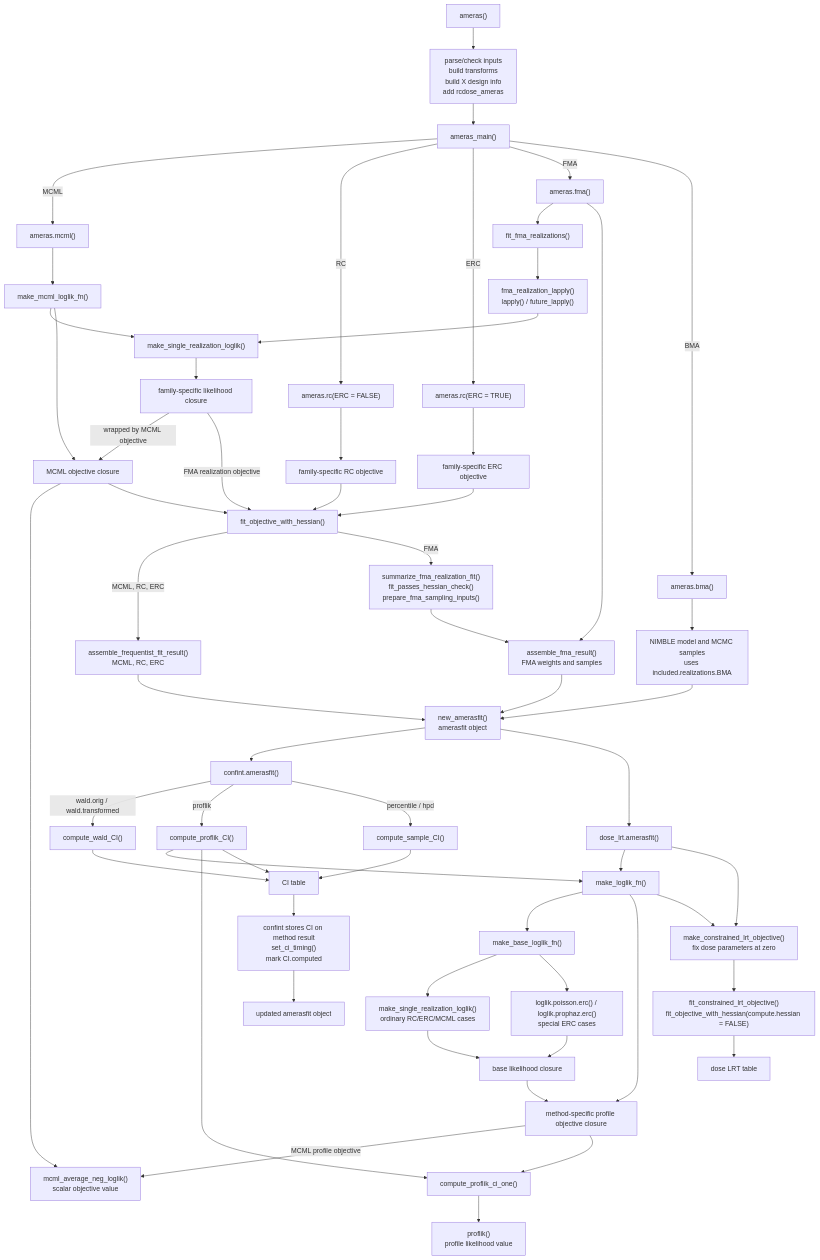
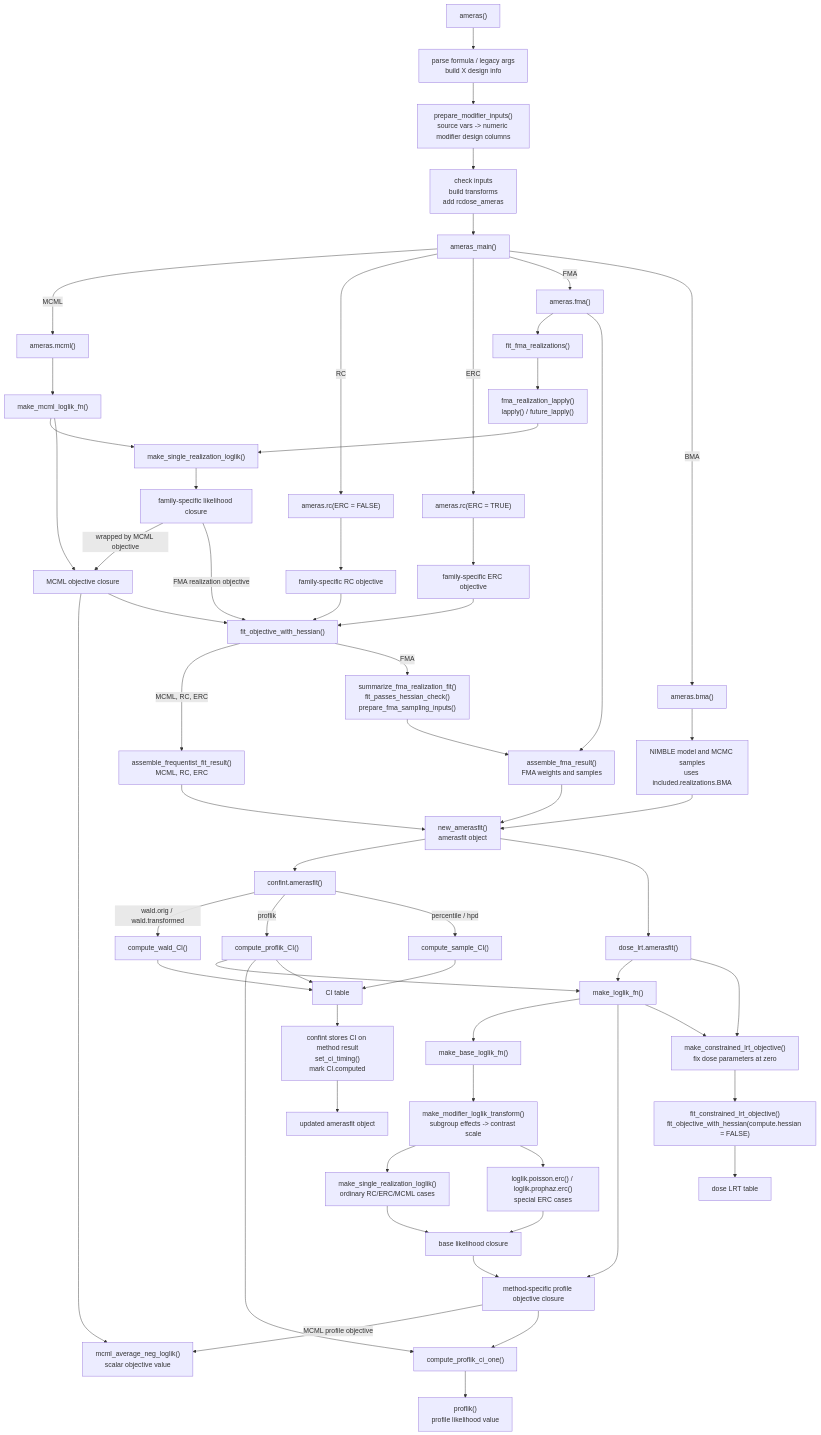
The diagram in developer-notes/helper-flow.md (sanderroberti/ameras), drawn with Mermaid before and after one commit. The commit also changed other lines of this file and 17 other files, not shown here.

Commit message:
Support formula modifier coding

````diff
--- a/developer-notes/helper-flow.md
+++ b/developer-notes/helper-flow.md
@@ -9,69 +9,72 @@
 ```mermaid
 flowchart TD
-  A["ameras()"] --> B["parse/check inputs<br/>build transforms<br/>build X design info<br/>add rcdose_ameras"]
-  B --> C["ameras_main()"]
+  A["ameras()"] --> B["parse formula / legacy args<br/>build X design info"]
+  B --> BA["prepare_modifier_inputs()<br/>source vars -> numeric modifier design columns"]
+  BA --> BB["check inputs<br/>build transforms<br/>add rcdose_ameras"]
+  BB --> C["ameras_main()"]
 
   C -->|MCML| D["ameras.mcml()"]
   C -->|RC| E["ameras.rc(ERC = FALSE)"]
   C -->|ERC| F["ameras.rc(ERC = TRUE)"]
   C -->|FMA| G["ameras.fma()"]
   C -->|BMA| H["ameras.bma()"]
 
   D --> I["make_mcml_loglik_fn()"]
   I --> J["make_single_realization_loglik()"]
   J --> JA["family-specific likelihood closure"]
   I --> JB["MCML objective closure"]
   JA -->|wrapped by MCML objective| JB
   JB --> AB["mcml_average_neg_loglik()<br/>scalar objective value"]
   JB --> N["fit_objective_with_hessian()"]
 
   E --> K["family-specific RC objective"]
   F --> L["family-specific ERC objective"]
   K --> N
   L --> N
 
   G --> M["fit_fma_realizations()"]
   M --> ML["fma_realization_lapply()<br/>lapply() / future_lapply()"]
   ML --> J
   JA -->|FMA realization objective| N
 
   N -->|MCML, RC, ERC| O["assemble_frequentist_fit_result()<br/>MCML, RC, ERC"]
   N -->|FMA| P["summarize_fma_realization_fit()<br/>fit_passes_hessian_check()<br/>prepare_fma_sampling_inputs()"]
 
   G --> Q["assemble_fma_result()<br/>FMA weights and samples"]
   P --> Q
   H --> R["NIMBLE model and MCMC samples<br/>uses included.realizations.BMA"]
 
   O --> S["new_amerasfit()<br/>amerasfit object"]
   Q --> S
   R --> S
 
   S --> T["confint.amerasfit()"]
   S --> AJ["dose_lrt.amerasfit()"]
   T -->|wald.orig / wald.transformed| U["compute_wald_CI()"]
   T -->|proflik| V["compute_proflik_CI()"]
   T -->|percentile / hpd| W["compute_sample_CI()"]
 
   V --> X["make_loglik_fn()"]
   AJ --> X
   X --> Y["make_base_loglik_fn()"]
-  Y --> Z["make_single_realization_loglik()<br/>ordinary RC/ERC/MCML cases"]
-  Y --> AA["loglik.poisson.erc() / loglik.prophaz.erc()<br/>special ERC cases"]
+  Y --> AN["make_modifier_loglik_transform()<br/>subgroup effects -> contrast scale"]
+  AN --> Z["make_single_realization_loglik()<br/>ordinary RC/ERC/MCML cases"]
+  AN --> AA["loglik.poisson.erc() / loglik.prophaz.erc()<br/>special ERC cases"]
   Z --> AE["base likelihood closure"]
   AA --> AE
   X --> AF["method-specific profile objective closure"]
   AE --> AF
   AF -->|MCML profile objective| AB
   AF --> AC["compute_proflik_ci_one()"]
   V --> AC
   AC --> AD["proflik()<br/>profile likelihood value"]
   AJ --> AK["make_constrained_lrt_objective()<br/>fix dose parameters at zero"]
   X --> AK
   AK --> AL["fit_constrained_lrt_objective()<br/>fit_objective_with_hessian(compute.hessian = FALSE)"]
   AL --> AM["dose LRT table"]
   U --> AG["CI table"]
   V --> AG
   W --> AG
   AG --> AH["confint stores CI on method result<br/>set_ci_timing()<br/>mark CI.computed"]
   AH --> AI["updated amerasfit object"]
 ```
````
